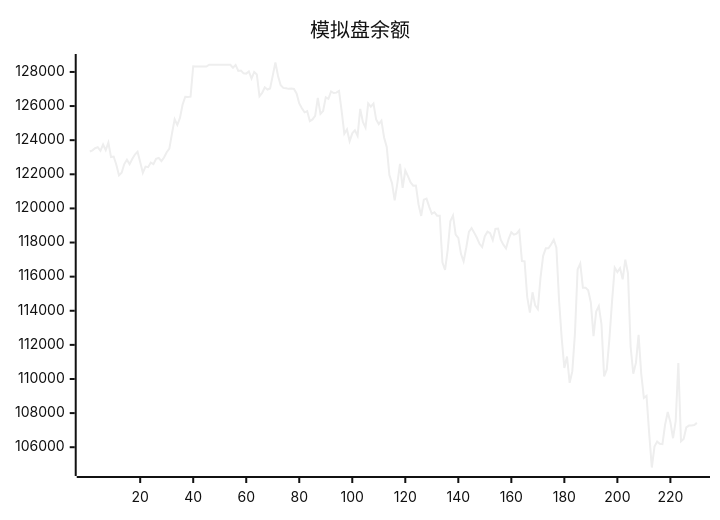
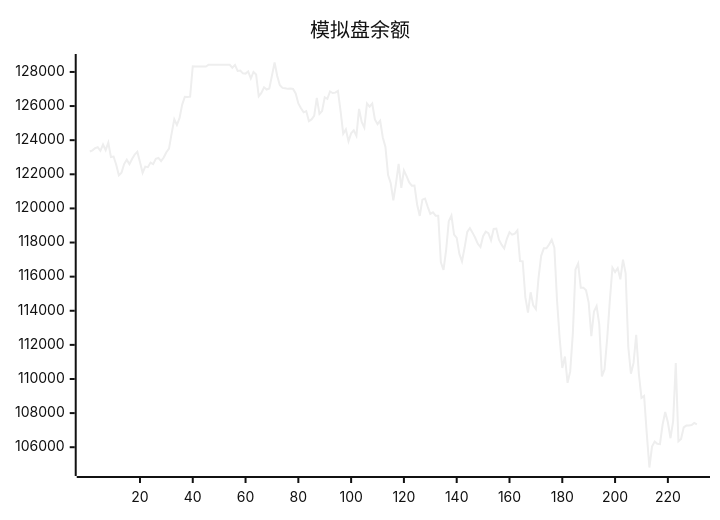
One commit to aahl/ai-trading changed the diagram in README.md. Above: the diagram before and after it, drawn with Mermaid (neutral theme). The commit also changed other lines of this file and 1 other file, not shown here.

````diff
--- a/README.md
+++ b/README.md
@@ -5,5 +5,5 @@
 ```mermaid
 xychart
     title "模拟盘余额"
-    line [123338,123402,123530,123592,123378,123745,123413,123853,123009,123040,122557,121938,122095,122599,122856,122597,122898,123160,123319,122719,122087,122454,122416,122685,122592,122907,122961,122776,122981,123295,123507,124403,125224,124894,125303,126088,126544,126534,126549,128335,128318,128318,128318,128318,128318,128424,128424,128424,128424,128424,128424,128424,128424,128424,128247,128412,128062,128087,127917,127901,128026,127611,128000,127850,126572,126770,127100,126971,127029,127783,128554,127765,127224,127064,127044,127009,127025,127004,126738,126152,125871,125635,125707,125117,125217,125420,126480,125545,125715,126511,126424,126856,126764,126788,126890,125710,124381,124632,123936,124402,124574,124256,125833,125070,124739,126154,125966,126145,125213,124943,125143,124157,123604,121959,121476,120476,121470,122610,121201,122221,121889,121522,121332,121344,120232,119559,120513,120577,120108,119680,119777,119572,119568,116839,116392,117573,119250,119585,118469,118277,117338,116897,117706,118628,118849,118579,118280,117926,117735,118373,118639,118544,118136,118798,118819,118162,117874,117649,118215,118601,118463,118517,118713,116911,116899,114798,113887,115084,114313,114091,115934,117221,117658,117658,117883,118164,117693,114632,112403,110644,111313,109777,110444,112673,116419,116772,115355,115355,115198,114476,112510,113954,114276,113223,110151,110561,112361,114562,116522,116265,116500,115845,117000,116199,111887,110306,110942,112588,110318,108891,109011,106814,104811,106038,106327,106201,106180,107315,108068,107463,106528,107530,110941,106346,106482,107161,107268,107270,107302,107426]
+    line [123338,123402,123530,123592,123378,123745,123413,123853,123009,123040,122557,121938,122095,122599,122856,122597,122898,123160,123319,122719,122087,122454,122416,122685,122592,122907,122961,122776,122981,123295,123507,124403,125224,124894,125303,126088,126544,126534,126549,128335,128318,128318,128318,128318,128318,128424,128424,128424,128424,128424,128424,128424,128424,128424,128247,128412,128062,128087,127917,127901,128026,127611,128000,127850,126572,126770,127100,126971,127029,127783,128554,127765,127224,127064,127044,127009,127025,127004,126738,126152,125871,125635,125707,125117,125217,125420,126480,125545,125715,126511,126424,126856,126764,126788,126890,125710,124381,124632,123936,124402,124574,124256,125833,125070,124739,126154,125966,126145,125213,124943,125143,124157,123604,121959,121476,120476,121470,122610,121201,122221,121889,121522,121332,121344,120232,119559,120513,120577,120108,119680,119777,119572,119568,116839,116392,117573,119250,119585,118469,118277,117338,116897,117706,118628,118849,118579,118280,117926,117735,118373,118639,118544,118136,118798,118819,118162,117874,117649,118215,118601,118463,118517,118713,116911,116899,114798,113887,115084,114313,114091,115934,117221,117658,117658,117883,118164,117693,114632,112403,110644,111313,109777,110444,112673,116419,116772,115355,115355,115198,114476,112510,113954,114276,113223,110151,110561,112361,114562,116522,116265,116500,115845,117000,116199,111887,110306,110942,112588,110318,108891,109011,106814,104811,106038,106327,106201,106180,107315,108068,107463,106528,107530,110941,106346,106482,107161,107268,107270,107302,107426,107340]
 ```
````
